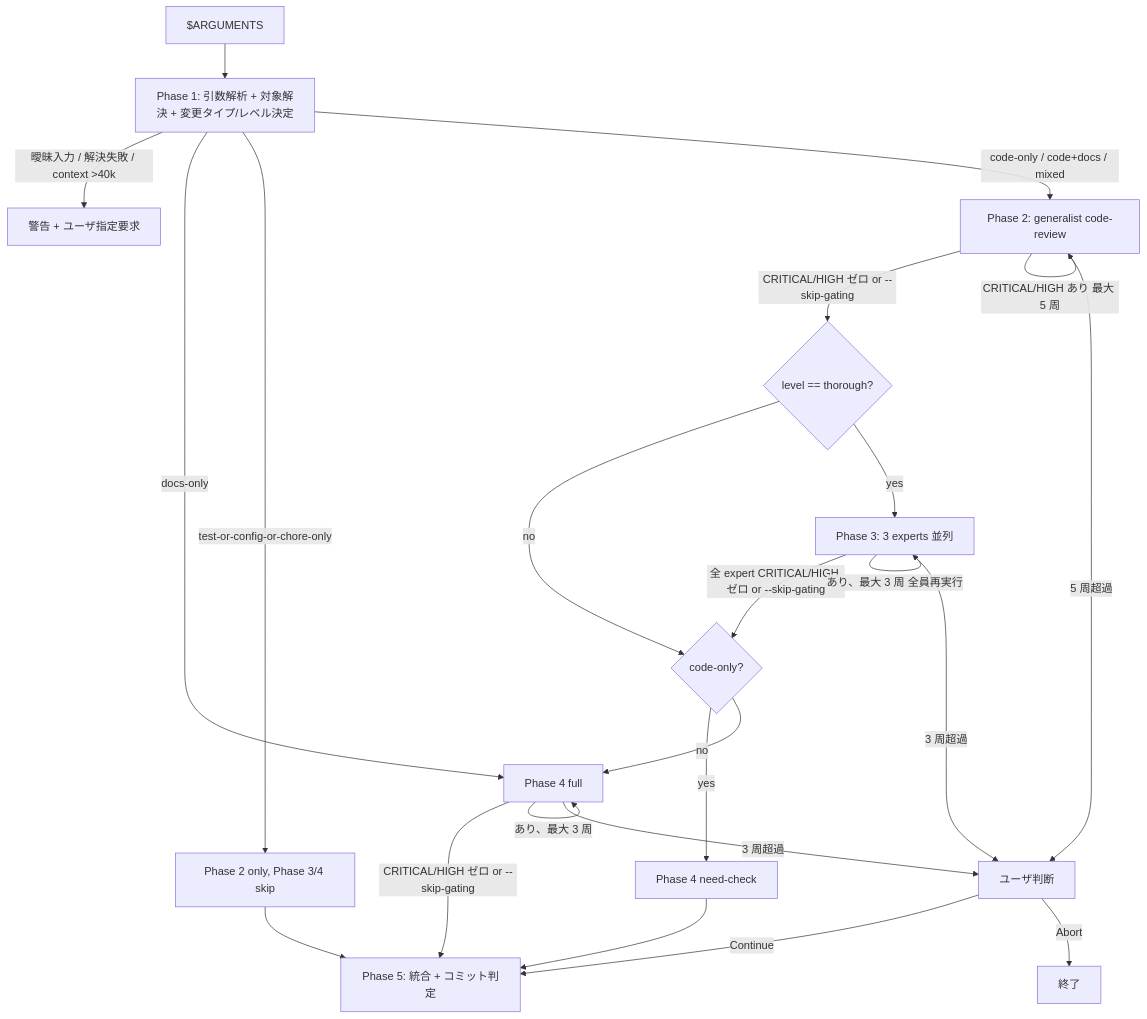
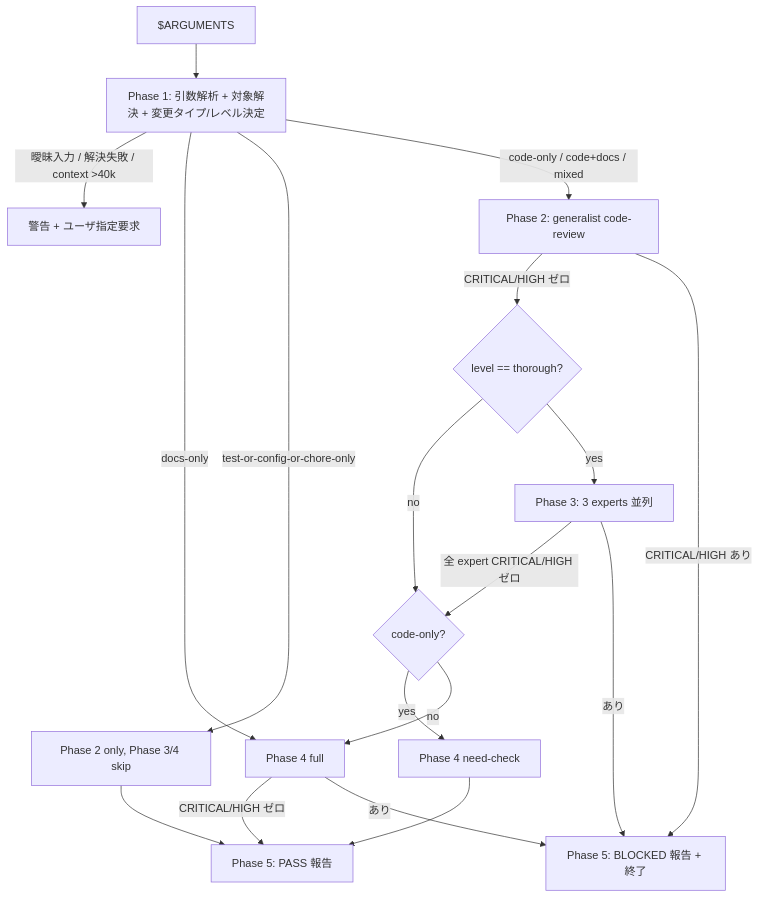
Before and after one commit to koumatsumoto/agent-config: the diagram in templates/skills/review/SKILL.md, drawn with Mermaid. The commit also changed other lines of this file and 8 other files, not shown here.

````diff
--- a/templates/skills/review/SKILL.md
+++ b/templates/skills/review/SKILL.md
@@ -261,25 +247,20 @@
 ```mermaid
 flowchart TD
   Args[$ARGUMENTS] --> P1[Phase 1: 引数解析 + 対象解決 + 変更タイプ/レベル決定]
   P1 -->|曖昧入力 / 解決失敗 / context >40k| Err[警告 + ユーザ指定要求]
   P1 -->|docs-only| P4full[Phase 4 full]
   P1 -->|test-or-config-or-chore-only| P2tc[Phase 2 only, Phase 3/4 skip]
   P1 -->|code-only / code+docs / mixed| P2[Phase 2: generalist code-review]
-  P2 -->|CRITICAL/HIGH ゼロ or --skip-gating| P3decide{level == thorough?}
-  P2 -->|CRITICAL/HIGH あり 最大 5 周| P2
-  P2 -->|5 周超過| UserJudge[ユーザ判断]
+  P2 -->|CRITICAL/HIGH ゼロ| P3decide{level == thorough?}
+  P2 -->|CRITICAL/HIGH あり| P5b[Phase 5: BLOCKED 報告 + 終了]
   P3decide -->|no| P4route{code-only?}
   P3decide -->|yes| P3[Phase 3: 3 experts 並列]
-  P3 -->|全 expert CRITICAL/HIGH ゼロ or --skip-gating| P4route
-  P3 -->|あり、最大 3 周 全員再実行| P3
-  P3 -->|3 周超過| UserJudge
+  P3 -->|全 expert CRITICAL/HIGH ゼロ| P4route
+  P3 -->|あり| P5b
   P4route -->|yes| P4check[Phase 4 need-check]
   P4route -->|no| P4full
-  P4full -->|CRITICAL/HIGH ゼロ or --skip-gating| P5[Phase 5: 統合 + コミット判定]
-  P4full -->|あり、最大 3 周| P4full
-  P4full -->|3 周超過| UserJudge
+  P4full -->|CRITICAL/HIGH ゼロ| P5[Phase 5: PASS 報告]
+  P4full -->|あり| P5b
   P4check --> P5
   P2tc --> P5
-  UserJudge -->|Continue| P5
-  UserJudge -->|Abort| End[終了]
 ```
````
